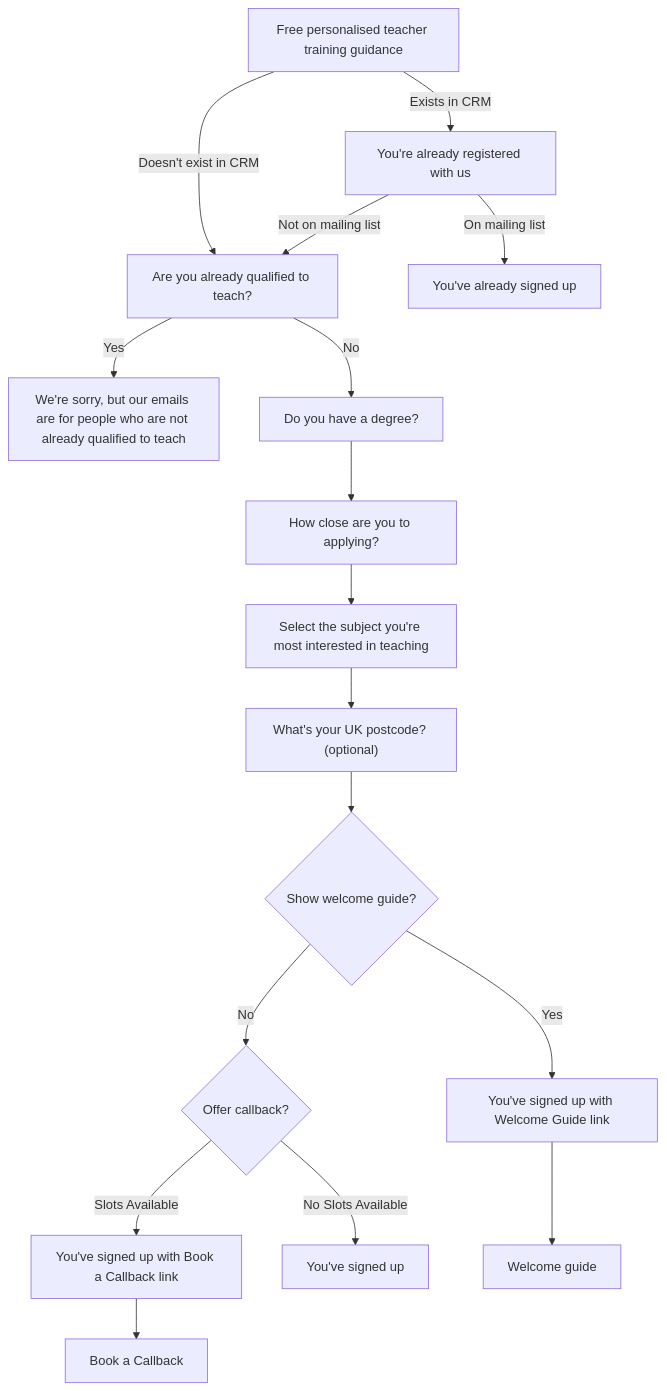
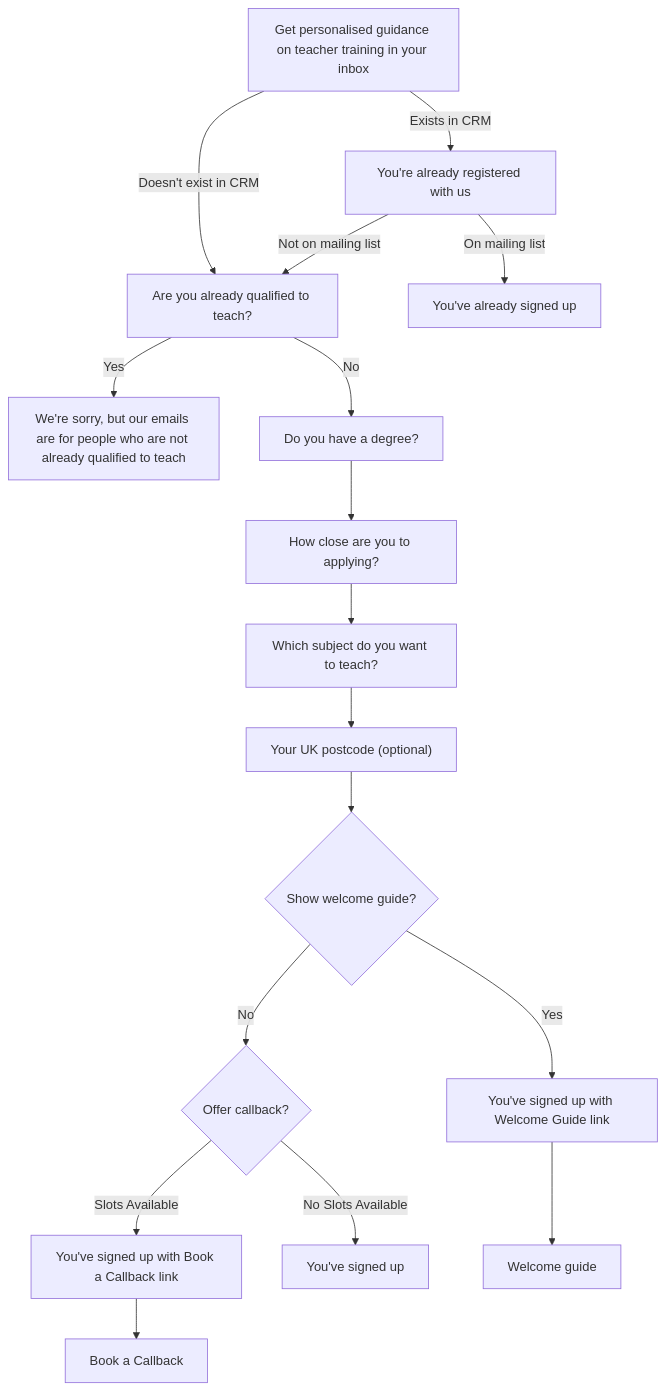
Before and after one commit to DFE-Digital/get-into-teaching-app: the first of 3 diagrams in docs/sign-up-journeys.md, drawn with Mermaid. The commit also changed 161 other files, not shown here.

````diff
--- a/docs/sign-up-journeys.md
+++ b/docs/sign-up-journeys.md
@@ -7,28 +7,28 @@
 ```mermaid
 graph TD;
-  name[Free personalised teacher training guidance] -- Doesn't exist in CRM --> returning_teacher[Are you already qualified to teach?]
+  name[Get personalised guidance on teacher training in your inbox] -- Doesn't exist in CRM --> returning_teacher[Are you already qualified to teach?]
   name -- Exists in CRM --> authenticate[You're already registered with us]
   
   returning_teacher -- Yes --> already_qualified[We're sorry, but our emails are for people who are not already qualified to teach]
   returning_teacher -- No --> degree_status[Do you have a degree?]
 
   authenticate -- Not on mailing list --> returning_teacher
   authenticate -- On mailing list --> signed_up_already[You've already signed up]
   degree_status --> teacher_training[How close are you to applying?]
   
-  teacher_training --> subject[Select the subject you're most interested in teaching]
+  teacher_training --> subject[Which subject do you want to teach?]
 
-  subject --> postcode["What's your UK postcode? (optional)"]
+  subject --> postcode["Your UK postcode (optional)"]
   
   postcode --> show_welcome_guide{Show welcome guide?}
   
   show_welcome_guide -- Yes --> completed_with_welcome_guide[You've signed up with Welcome Guide link]
   show_welcome_guide -- No --> offer_callback{Offer callback?}
   
   offer_callback -- Slots Available --> completed_with_callback["You've signed up with Book a Callback link"]
   offer_callback -- No Slots Available --> completed[You've signed up] 
 
   completed_with_welcome_guide --> welcome_guide[Welcome guide]
 
   completed_with_callback --> book_a_callback[Book a Callback]
 ```
````
